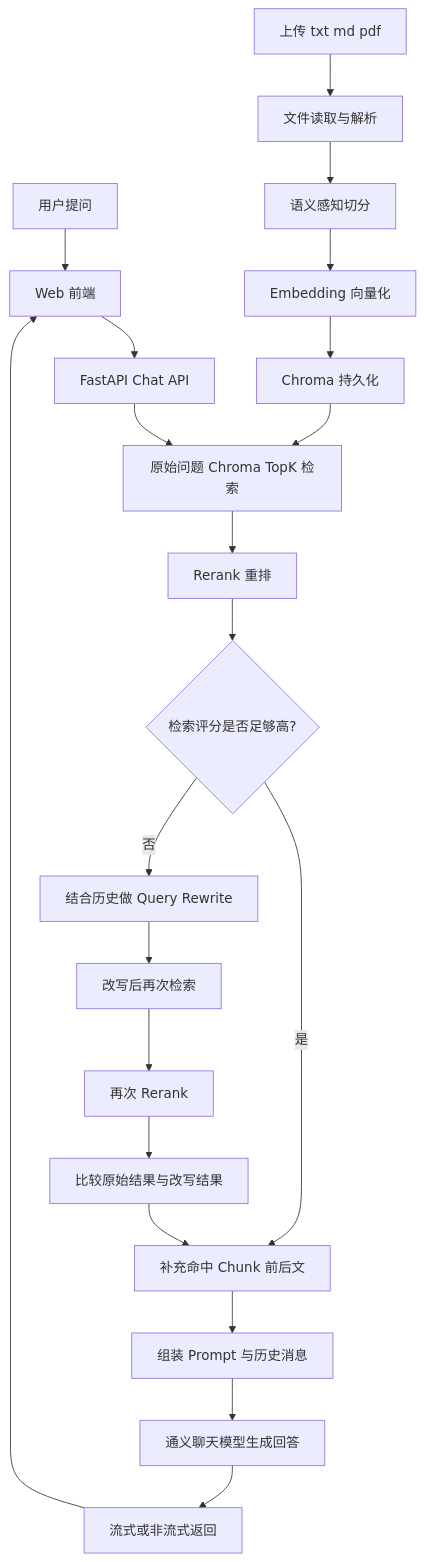
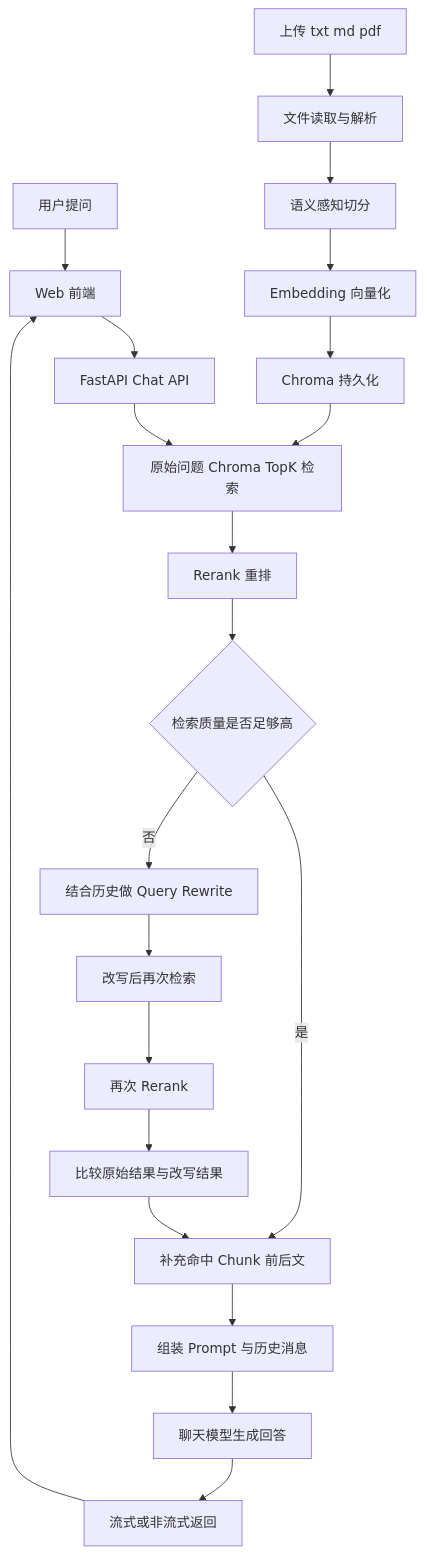
One commit to 501servenot/RAGTool changed the first of 2 diagrams in README.md. Above: the diagram before and after it, drawn with Mermaid. The commit also changed other lines of this file and 27 other files, not shown here.

````diff
--- a/README.md
+++ b/README.md
@@ -52,24 +74,24 @@
 ```mermaid
 flowchart TD
     user[用户提问] --> webUi[Web 前端]
     webUi --> chatApi[FastAPI Chat API]
     chatApi --> retrieveDocs[原始问题 Chroma TopK 检索]
     retrieveDocs --> rerankDocs[Rerank 重排]
-    rerankDocs --> qualityGate{检索评分是否足够高?}
+    rerankDocs --> qualityGate{检索质量是否足够高}
     qualityGate -->|是| expandContext[补充命中 Chunk 前后文]
     qualityGate -->|否| rewriteQuery[结合历史做 Query Rewrite]
     rewriteQuery --> retrieveDocsRewritten[改写后再次检索]
     retrieveDocsRewritten --> rerankDocsRewritten[再次 Rerank]
     rerankDocsRewritten --> compareResults[比较原始结果与改写结果]
     compareResults --> expandContext
     expandContext --> promptBuilder[组装 Prompt 与历史消息]
-    promptBuilder --> llmAnswer[通义聊天模型生成回答]
+    promptBuilder --> llmAnswer[聊天模型生成回答]
     llmAnswer --> streamResponse[流式或非流式返回]
     streamResponse --> webUi
 
     uploadFile[上传 txt md pdf] --> parseFile[文件读取与解析]
     parseFile --> semanticChunk[语义感知切分]
     semanticChunk --> embedDocs[Embedding 向量化]
     embedDocs --> chromaStore[Chroma 持久化]
     chromaStore --> retrieveDocs
 ```
````
